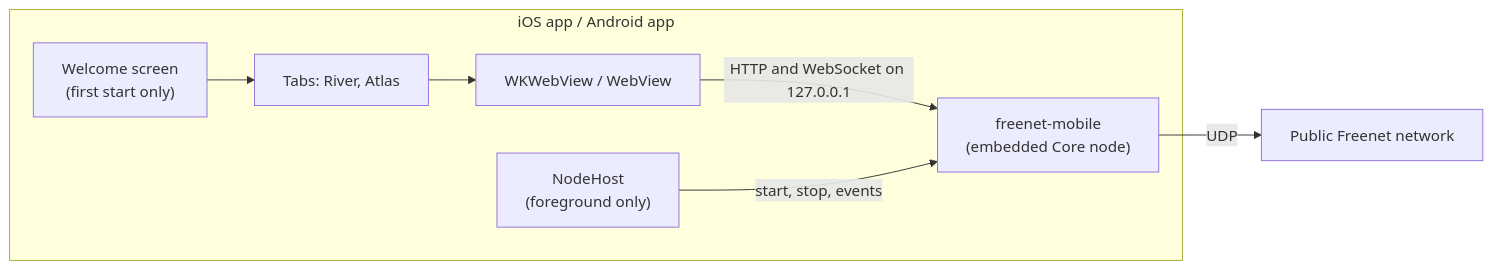
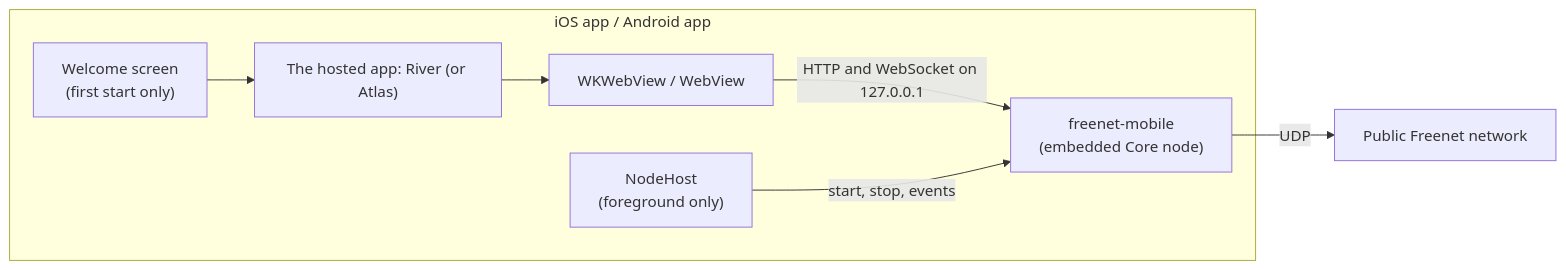
The first of 2 diagrams in README.md (glesage/freenet-appkit), drawn with Mermaid before and after one commit. The commit also changed other lines of this file and 35 other files, not shown here.

````diff
--- a/README.md
+++ b/README.md
@@ -7,14 +7,14 @@
 ```mermaid
 flowchart LR
   subgraph phone["iOS app / Android app"]
     welcome["Welcome screen<br/>(first start only)"]
-    tabs["Tabs: River, Atlas"]
+    tabs["The hosted app: River (or Atlas)"]
     web["WKWebView / WebView"]
     host["NodeHost<br/>(foreground only)"]
     node["freenet-mobile<br/>(embedded Core node)"]
   end
   welcome --> tabs --> web
   web -- "HTTP and WebSocket on 127.0.0.1" --> node
   host -- "start, stop, events" --> node
   node -- "UDP" --> peers["Public Freenet network"]
 ```
````
